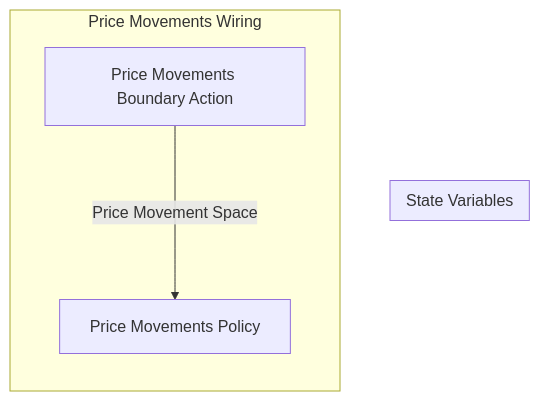
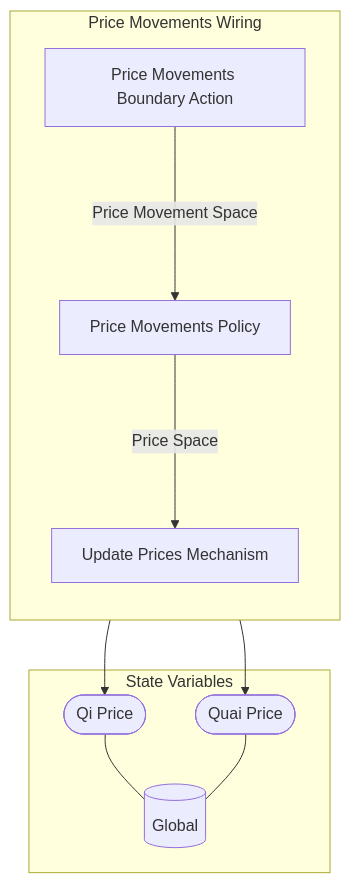
The diagram in Research/MSML Scaffold/Wiring/Price Movements Wiring.md (dominant-strategies/Quai-Macro-Model), drawn with Mermaid before and after one commit. The commit also changed other lines of this file and 18 other files, not shown here.

````diff
--- a/Research/MSML Scaffold/Wiring/Price Movements Wiring.md
+++ b/Research/MSML Scaffold/Wiring/Price Movements Wiring.md
@@ -3,13 +3,22 @@
 ```mermaid
 graph TB
 
 subgraph SVS["State Variables"]
+EE0[("Global")]
+EES0(["Qi Price"])
+EES0 --- EE0
+EES1(["Quai Price"])
+EES1 --- EE0
 end
 
-subgraph X3["Price Movements Wiring"]
+subgraph X4["Price Movements Wiring"]
 direction TB
 X1["Price Movements Boundary Action"]
 X2["Price Movements Policy"]
+X3["Update Prices Mechanism"]
+X3 --> EES1
+X3 --> EES0
 X1--"Price Movement Space"--->X2
+X2--"Price Space"--->X3
 end
 ```
````
